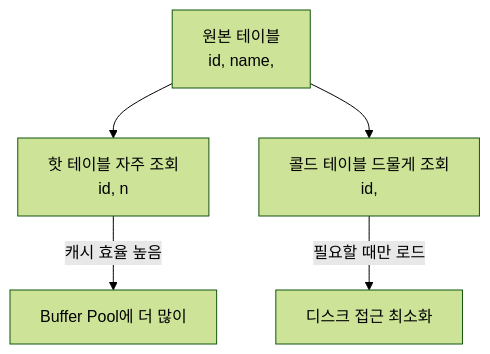
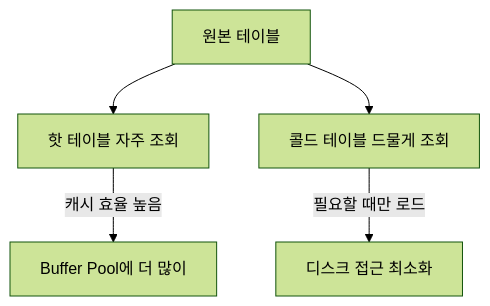
One commit to yjkim2015/yjkim2015.github.io changed the third of 4 diagrams in _posts/db/2026-05-01-db-partitioning.md. Above: the diagram before and after it, drawn with Mermaid (forest theme). The commit also changed other lines of this file and 217 other files, not shown here.

First line of the commit message:
Mermaid 크기 수정: useMaxWidth:true + SVG max-width:100% + 라벨 축소

````diff
--- a/_posts/db/2026-05-01-db-partitioning.md
+++ b/_posts/db/2026-05-01-db-partitioning.md
@@ -73,8 +73,8 @@
 ```mermaid
 graph TD
-    Original["원본 테이블\nid, name,"]
-    Original --> Hot["핫 테이블 자주 조회\nid, n"]
-    Original --> Cold["콜드 테이블 드물게 조회\nid,"]
+    Original["원본 테이블"]
+    Original --> Hot["핫 테이블 자주 조회"]
+    Original --> Cold["콜드 테이블 드물게 조회"]
     Hot -->|"캐시 효율 높음"| BufferPool["Buffer Pool에 더 많이"]
     Cold -->|"필요할 때만 로드"| Disk["디스크 접근 최소화"]
 ```
````
